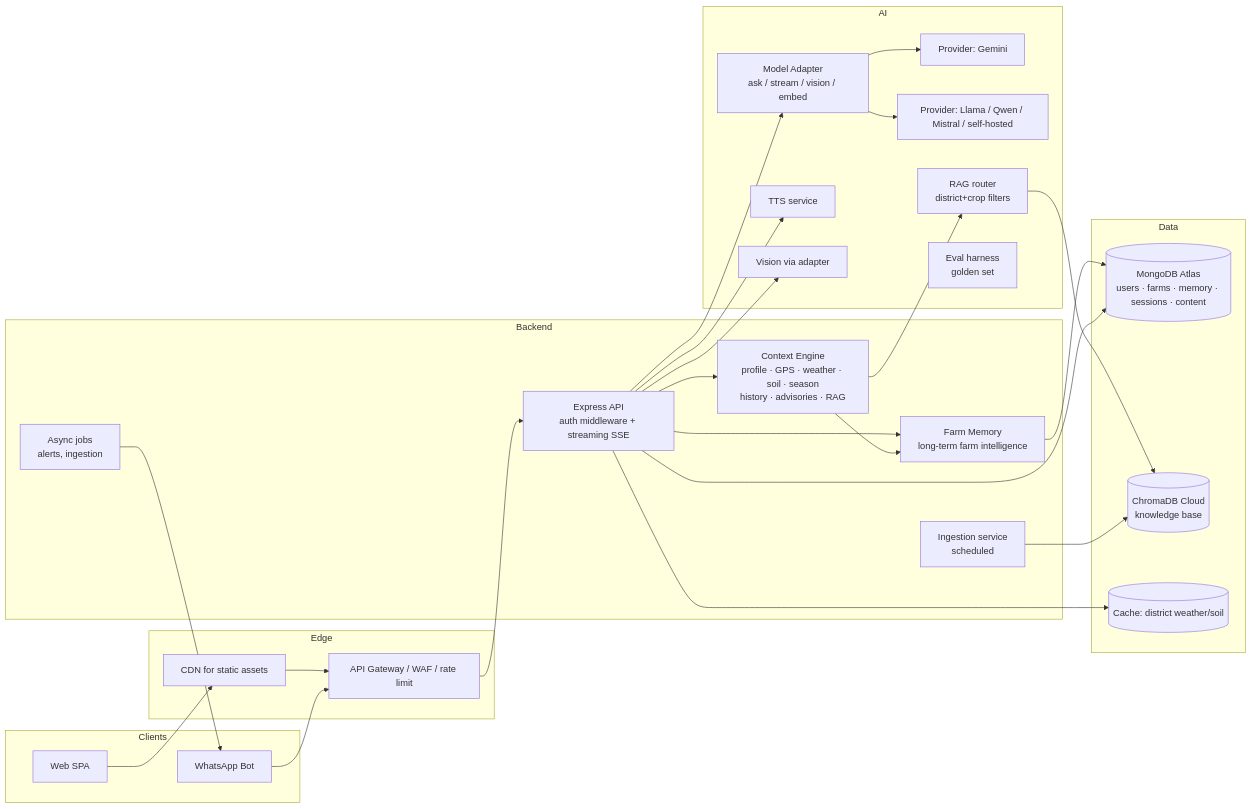
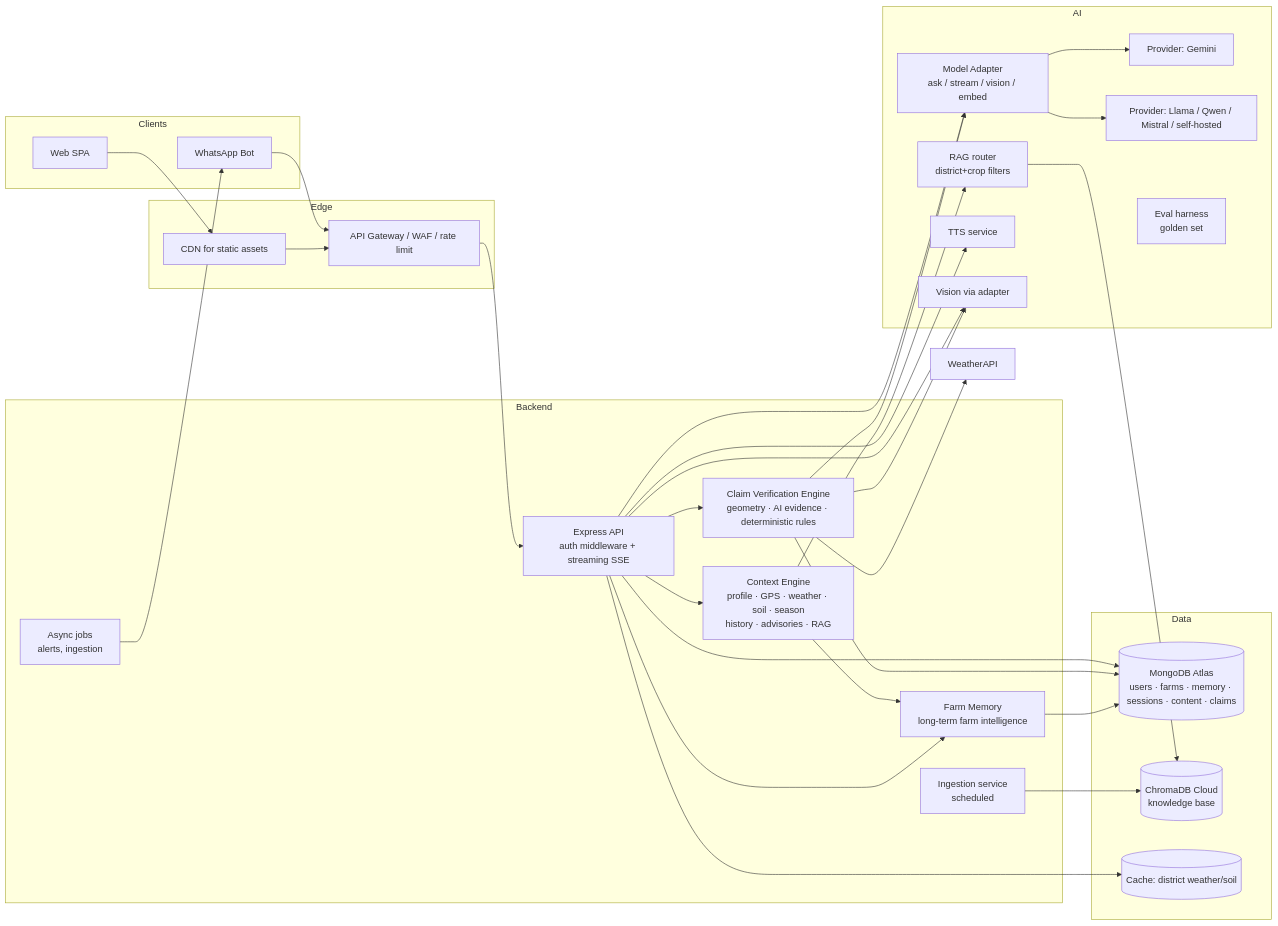
The fourth of 4 diagrams in docs/architecture/06_System_Architecture.md (KishoreBalajiP/VivasayiAI), drawn with Mermaid before and after one commit. The commit also changed other lines of this file and 10 other files, not shown here.

````diff
--- a/docs/architecture/06_System_Architecture.md
+++ b/docs/architecture/06_System_Architecture.md
@@ -166,55 +172,61 @@
 ```mermaid
 flowchart LR
     subgraph Clients
         WEB[Web SPA]
         WA[WhatsApp Bot]
     end
 
     subgraph Edge
         GW[API Gateway / WAF / rate limit]
         CDN[CDN for static assets]
     end
 
     subgraph Backend
         API[Express API<br/>auth middleware + streaming SSE]
         CE[Context Engine<br/>profile · GPS · weather · soil · season<br/>history · advisories · RAG]
         FM[Farm Memory<br/>long-term farm intelligence]
+        CL[Claim Verification Engine<br/>geometry · AI evidence · deterministic rules]
         ING[Ingestion service<br/>scheduled]
         JOB[Async jobs<br/>alerts, ingestion]
     end
 
     subgraph AI
         MA[Model Adapter<br/>ask / stream / vision / embed]
         GEM[Provider: Gemini]
         LLM2[Provider: Llama / Qwen / Mistral / self-hosted]
         RAG[RAG router<br/>district+crop filters]
         EVAL[Eval harness<br/>golden set]
         TTS[TTS service]
         VISION[Vision via adapter]
     end
 
     subgraph Data
-        PG[(MongoDB Atlas<br/>users · farms · memory · sessions · content)]
+        PG[(MongoDB Atlas<br/>users · farms · memory · sessions · content · claims)]
         VEC[(ChromaDB Cloud<br/>knowledge base)]
         CACHE[(Cache: district weather/soil)]
     end
 
     WEB --> CDN --> GW
     WA --> GW
     GW --> API
     API --> CE
     CE --> RAG
     RAG --> VEC
     API --> FM
     FM --> PG
     CE --> FM
+    API --> CL
+    CL --> PG
+    CL --> MA
+    CL --> VISION
+    CL --> WeatherAPI
     API --> MA
     MA --> GEM
     MA --> LLM2
     API --> PG
     API --> CACHE
     API --> TTS
     API --> VISION
     ING --> VEC
     JOB --> WA
 ```
````
